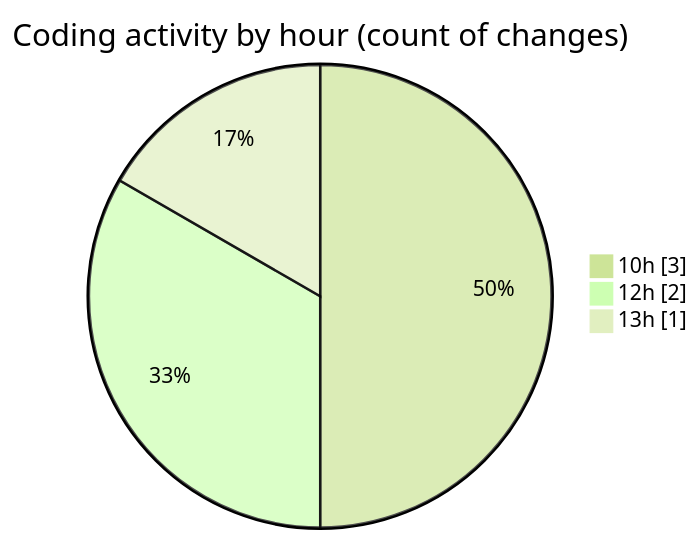
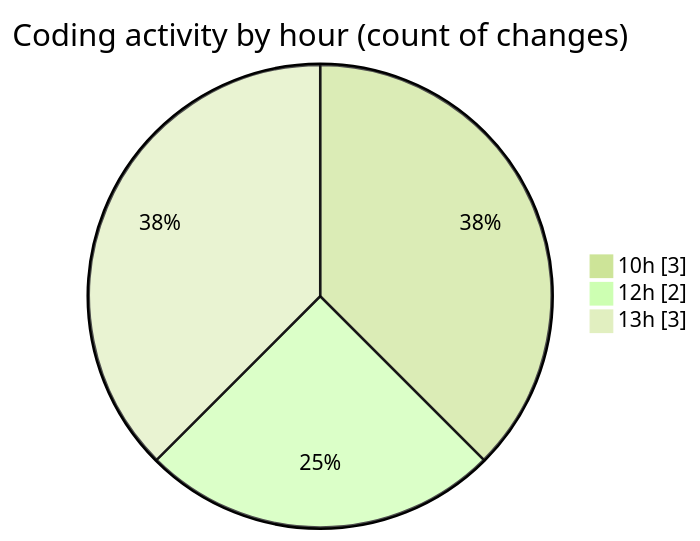
Before and after one commit to vahidmafi/code-tracking: the second of 2 diagrams in 2025-09-06/www/README.md, drawn with Mermaid (forest theme). The commit also changed other lines of this file and 1 other file, not shown here.

````diff
--- a/2025-09-06/www/README.md
+++ b/2025-09-06/www/README.md
@@ -29,7 +29,7 @@
 ```mermaid
 pie showData
 title Coding activity by hour (count of changes)
 "10h" : 3
 "12h" : 2
-"13h" : 1
+"13h" : 3
 ```
````
